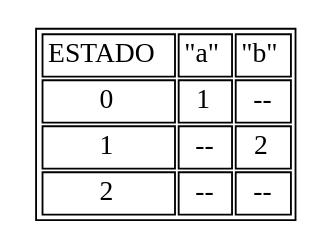
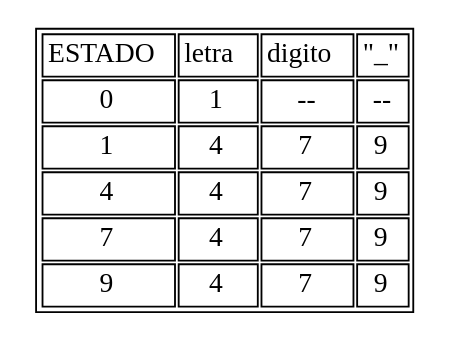
One commit to elimazariegosr/OLC1_Proyecto1_201709426 changed the diagram in OLC_Proyecto1_201709426/bin/Debug/tb_er1.dot. Above: the diagram before and after it, drawn with Graphviz. The commit also changed 90 other files, not shown here.

```diff
--- a/OLC_Proyecto1_201709426/bin/Debug/tb_er1.dot
+++ b/OLC_Proyecto1_201709426/bin/Debug/tb_er1.dot
@@ -1,20 +1,32 @@
 digraph Grafica{
 graph [ratio=fill];
 node [label="\N", fontsize=15, shape=plaintext];
 graph [bb="0,0,352,154"];arset [label=<
         <TABLE ALIGN="LEFT">
 <TR><TD>ESTADO</TD>
-<TD>"a"</TD>
-<TD>"b"</TD>
+<TD>letra</TD>
+<TD>digito</TD>
+<TD>"_"</TD>
 </TR><TR><TD>0</TD>
 <TD>1</TD>
 <TD>--</TD>
+<TD>--</TD>
 </TR><TR><TD>1</TD>
-<TD>--</TD>
-<TD>2</TD>
-</TR><TR><TD>2</TD>
-<TD>--</TD>
-<TD>--</TD>
+<TD>4</TD>
+<TD>7</TD>
+<TD>9</TD>
+</TR><TR><TD>4</TD>
+<TD>4</TD>
+<TD>7</TD>
+<TD>9</TD>
+</TR><TR><TD>7</TD>
+<TD>4</TD>
+<TD>7</TD>
+<TD>9</TD>
+</TR><TR><TD>9</TD>
+<TD>4</TD>
+<TD>7</TD>
+<TD>9</TD>
 </TR></TABLE>
 >,];
 }
```
